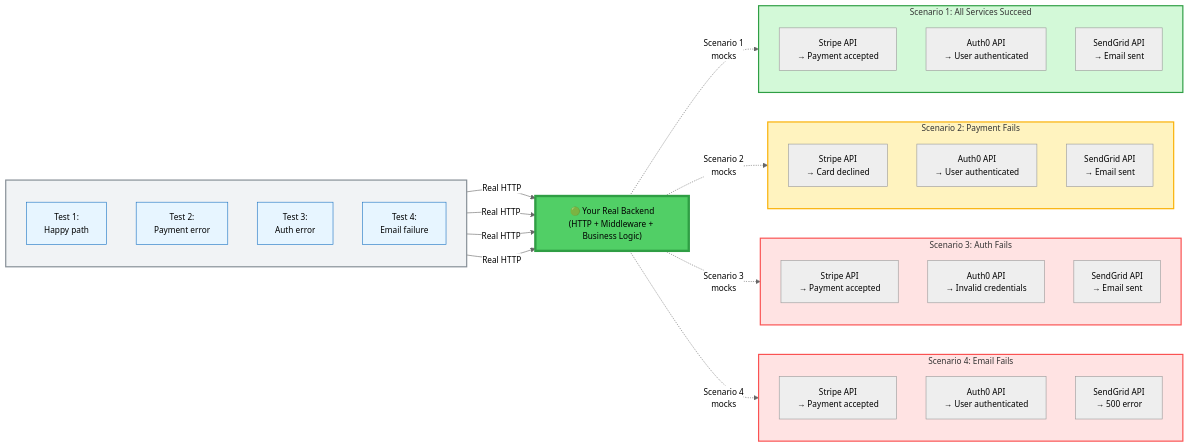
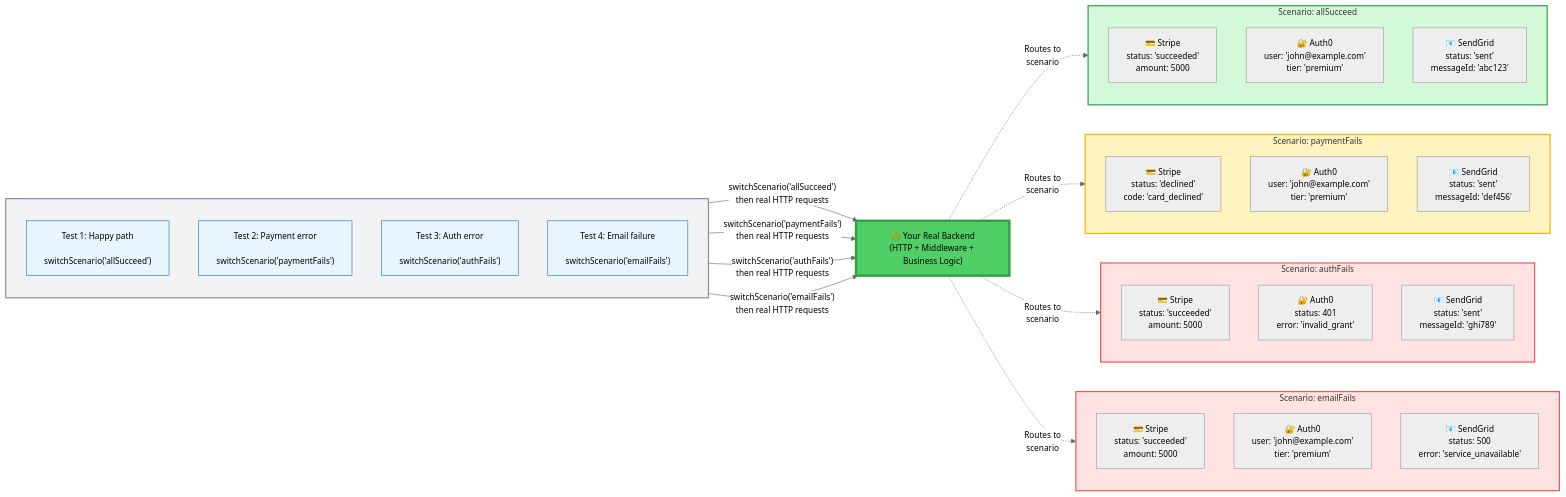
One commit to citypaul/scenarist changed the first of 3 diagrams in apps/docs/src/content/docs/introduction/why-scenarist.md. Above: the diagram before and after it, drawn with Mermaid.

Commit message:
docs: improve 'Where Scenarist Fits' diagram for screencast clarity
- Show concrete scenario examples with multiple API mocks per scenario
- Display actual mock response values (status codes, error messages)
- Add switchScenario() calls to demonstrate mechanism
- Use neutral theme for light/dark mode compatibility
- Show 4 parallel tests → 1 backend → 4 scenarios (each mocking 3 APIs)
- Add terminology explanation for 'Premium User Scenario'
- Focus on E2E limitation: can't reach all edge cases/states

````diff
--- a/apps/docs/src/content/docs/introduction/why-scenarist.md
+++ b/apps/docs/src/content/docs/introduction/why-scenarist.md
@@ -51,62 +51,62 @@
 ```mermaid
 %%{init: {'theme':'neutral', 'themeVariables': {'fontSize':'14px', 'fontFamily':'arial'}}}%%
 graph LR
     subgraph tests[" "]
         direction TB
-        T1["Test 1:<br/>Happy path"]
-        T2["Test 2:<br/>Payment error"]
-        T3["Test 3:<br/>Auth error"]
-        T4["Test 4:<br/>Email failure"]
+        T1["Test 1: Happy path<br/><br/>switchScenario('allSucceed')"]
+        T2["Test 2: Payment error<br/><br/>switchScenario('paymentFails')"]
+        T3["Test 3: Auth error<br/><br/>switchScenario('authFails')"]
+        T4["Test 4: Email failure<br/><br/>switchScenario('emailFails')"]
     end
 
     B["🟢 Your Real Backend<br/>(HTTP + Middleware + Business Logic)"]
 
-    subgraph scenario1["Scenario 1: All Services Succeed"]
+    subgraph scenario1["Scenario: allSucceed"]
         direction TB
-        S1A["Stripe API<br/>→ Payment accepted"]
-        S1B["Auth0 API<br/>→ User authenticated"]
-        S1C["SendGrid API<br/>→ Email sent"]
+        S1A["💳 Stripe<br/>status: 'succeeded'<br/>amount: 5000"]
+        S1B["🔐 Auth0<br/>user: 'john@example.com'<br/>tier: 'premium'"]
+        S1C["📧 SendGrid<br/>status: 'sent'<br/>messageId: 'abc123'"]
     end
 
-    subgraph scenario2["Scenario 2: Payment Fails"]
+    subgraph scenario2["Scenario: paymentFails"]
         direction TB
-        S2A["Stripe API<br/>→ Card declined"]
-        S2B["Auth0 API<br/>→ User authenticated"]
-        S2C["SendGrid API<br/>→ Email sent"]
+        S2A["💳 Stripe<br/>status: 'declined'<br/>code: 'card_declined'"]
+        S2B["🔐 Auth0<br/>user: 'john@example.com'<br/>tier: 'premium'"]
+        S2C["📧 SendGrid<br/>status: 'sent'<br/>messageId: 'def456'"]
     end
 
-    subgraph scenario3["Scenario 3: Auth Fails"]
+    subgraph scenario3["Scenario: authFails"]
         direction TB
-        S3A["Stripe API<br/>→ Payment accepted"]
-        S3B["Auth0 API<br/>→ Invalid credentials"]
-        S3C["SendGrid API<br/>→ Email sent"]
+        S3A["💳 Stripe<br/>status: 'succeeded'<br/>amount: 5000"]
+        S3B["🔐 Auth0<br/>status: 401<br/>error: 'invalid_grant'"]
+        S3C["📧 SendGrid<br/>status: 'sent'<br/>messageId: 'ghi789'"]
     end
 
-    subgraph scenario4["Scenario 4: Email Fails"]
+    subgraph scenario4["Scenario: emailFails"]
         direction TB
-        S4A["Stripe API<br/>→ Payment accepted"]
-        S4B["Auth0 API<br/>→ User authenticated"]
-        S4C["SendGrid API<br/>→ 500 error"]
+        S4A["💳 Stripe<br/>status: 'succeeded'<br/>amount: 5000"]
+        S4B["🔐 Auth0<br/>user: 'john@example.com'<br/>tier: 'premium'"]
+        S4C["📧 SendGrid<br/>status: 500<br/>error: 'service_unavailable'"]
     end
 
-    T1 -->|Real HTTP| B
-    T2 -->|Real HTTP| B
-    T3 -->|Real HTTP| B
-    T4 -->|Real HTTP| B
+    T1 -->|"switchScenario('allSucceed')"<br/>then real HTTP requests| B
+    T2 -->|"switchScenario('paymentFails')"<br/>then real HTTP requests| B
+    T3 -->|"switchScenario('authFails')"<br/>then real HTTP requests| B
+    T4 -->|"switchScenario('emailFails')"<br/>then real HTTP requests| B
 
-    B -.->|Scenario 1<br/>mocks| scenario1
-    B -.->|Scenario 2<br/>mocks| scenario2
-    B -.->|Scenario 3<br/>mocks| scenario3
-    B -.->|Scenario 4<br/>mocks| scenario4
+    B -.->|Routes to<br/>scenario| scenario1
+    B -.->|Routes to<br/>scenario| scenario2
+    B -.->|Routes to<br/>scenario| scenario3
+    B -.->|Routes to<br/>scenario| scenario4
 
     style tests fill:#f1f3f5,stroke:#868e96,stroke-width:2px
     style B fill:#51cf66,stroke:#2f9e44,stroke-width:4px
     style scenario1 fill:#d3f9d8,stroke:#2f9e44,stroke-width:2px
     style scenario2 fill:#fff3bf,stroke:#fab005,stroke-width:2px
     style scenario3 fill:#ffe3e3,stroke:#fa5252,stroke-width:2px
     style scenario4 fill:#ffe3e3,stroke:#fa5252,stroke-width:2px
     style T1 fill:#e7f5ff,stroke:#1971c2
     style T2 fill:#e7f5ff,stroke:#1971c2
     style T3 fill:#e7f5ff,stroke:#1971c2
     style T4 fill:#e7f5ff,stroke:#1971c2
 ```
````
